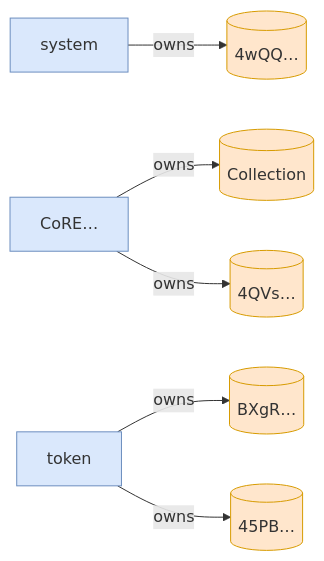
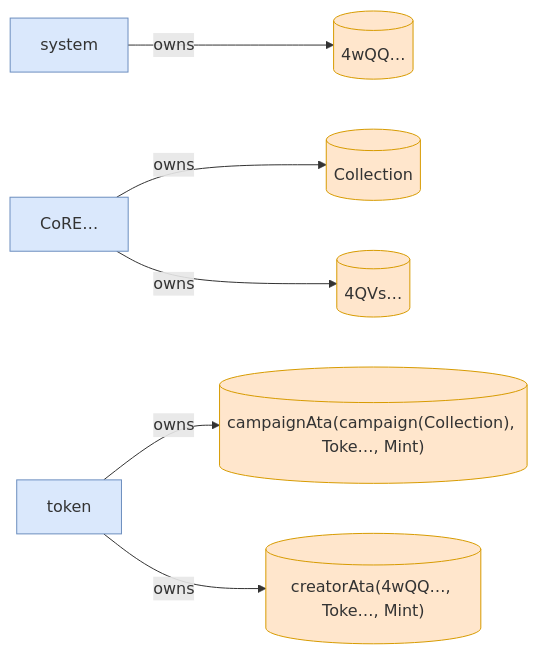
One commit to cds-turbin3/vesting-position changed the ninth of 9 diagrams in babelfish-tests/test-report/clawback_requires_creator.md. Above: the diagram before and after it, drawn with Mermaid. The commit also changed other lines of this file and 51 other files, not shown here.

````diff
--- a/babelfish-tests/test-report/clawback_requires_creator.md
+++ b/babelfish-tests/test-report/clawback_requires_creator.md
@@ -419,19 +373,19 @@
 ```mermaid
 flowchart LR
     system["system"]:::program
     4wQQ[("4wQQ…")]:::state
     CoRE["CoRE…"]:::program
     Collection[("Collection")]:::state
     4QVs[("4QVs…")]:::state
     token["token"]:::program
-    BXgR[("BXgR…")]:::state
-    45PB[("45PB…")]:::state
+    campaignAtacampaignCollectionTokeMint[("campaignAta(campaign(Collection), Toke…, Mint)")]:::state
+    creatorAta4wQQTokeMint[("creatorAta(4wQQ…, Toke…, Mint)")]:::state
     system -->|owns| 4wQQ
     CoRE -->|owns| Collection
     CoRE -->|owns| 4QVs
-    token -->|owns| BXgR
-    token -->|owns| 45PB
+    token -->|owns| campaignAtacampaignCollectionTokeMint
+    token -->|owns| creatorAta4wQQTokeMint
     classDef program fill:#dae8fc,stroke:#6c8ebf;
     classDef signer fill:#d5e8d4,stroke:#82b366;
     classDef state fill:#ffe6cc,stroke:#d79b00;
 ```
````
